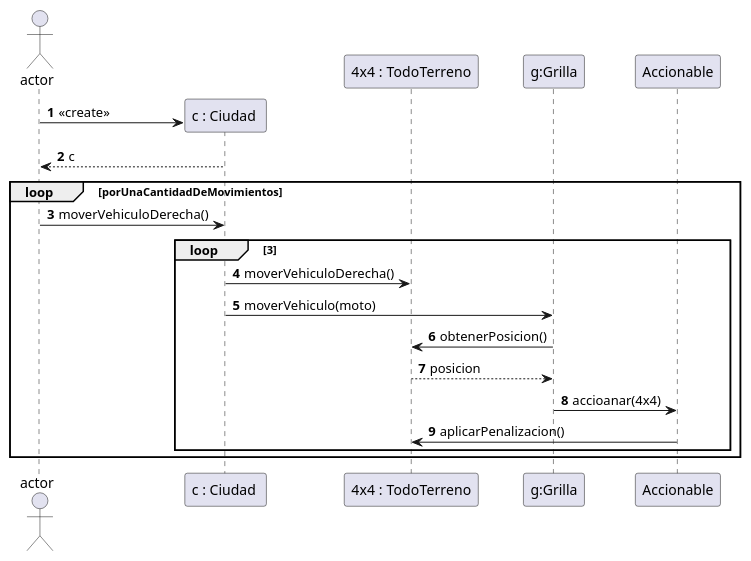
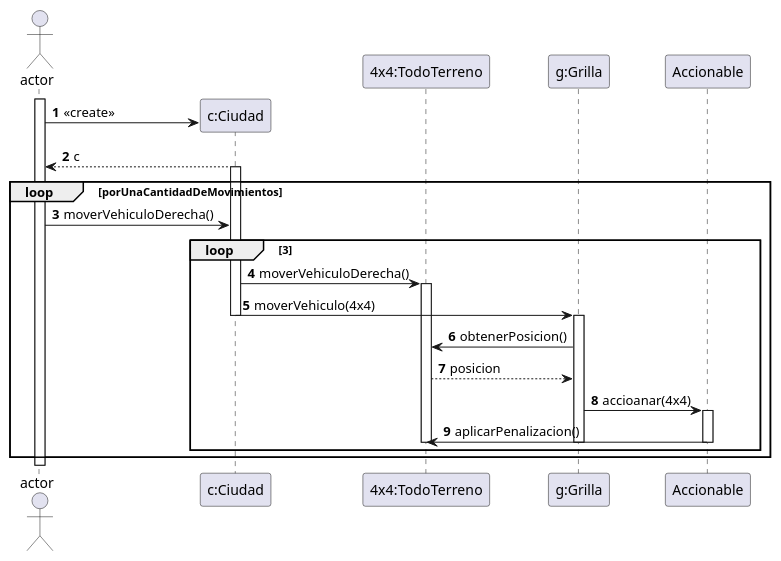
Before and after one commit to kikiymini/algo3_tp2: the diagram in Entrega1/DiagramaDeSecuencias/4X4AtraviesaCiudadSeEncuentraConUnPozoYNoEsPenalizada.puml, drawn with PlantUML. The commit also changed 4 other files, not shown here.

```diff
--- a/Entrega1/DiagramaDeSecuencias/4X4AtraviesaCiudadSeEncuentraConUnPozoYNoEsPenalizada.puml
+++ b/Entrega1/DiagramaDeSecuencias/4X4AtraviesaCiudadSeEncuentraConUnPozoYNoEsPenalizada.puml
@@ -1,26 +1,37 @@
 @startuml
 'https://plantuml.com/sequence-diagram
 
 autonumber
 
 actor actor
-create "c : Ciudad "
-actor -> "c : Ciudad ": <<create>>
-"c : Ciudad "--> actor : c
+activate actor
+create "c:Ciudad" as ciudad
+participant "4x4:TodoTerreno" as todoTerreno
+participant "g:Grilla" as grilla
+participant "Accionable" as accionable
+
+actor -> ciudad: <<create>>
+ciudad--> actor : c
+activate ciudad
 
 loop porUnaCantidadDeMovimientos
 
-actor  -> "c : Ciudad " : moverVehiculoDerecha()
+actor  -> ciudad : moverVehiculoDerecha()
 loop 3
-"c : Ciudad " -> "4x4 : TodoTerreno": moverVehiculoDerecha()
-"c : Ciudad " -> "g:Grilla" : moverVehiculo(moto)
-"g:Grilla" -> "4x4 : TodoTerreno" : obtenerPosicion()
-"4x4 : TodoTerreno" --> "g:Grilla" : posicion
-"g:Grilla" -> "Accionable" : accioanar(4x4)
-"Accionable" -> "4x4 : TodoTerreno" :aplicarPenalizacion()
+ciudad -> todoTerreno: moverVehiculoDerecha()
+activate todoTerreno
+ciudad -> grilla : moverVehiculo(4x4)
+deactivate ciudad
+activate grilla
+grilla -> todoTerreno : obtenerPosicion()
+todoTerreno --> grilla : posicion
+grilla -> accionable : accioanar(4x4)
+activate accionable
+accionable -> todoTerreno :aplicarPenalizacion()
+deactivate grilla
+deactivate todoTerreno
+deactivate accionable
 
 end loop
-
-
 end
 @enduml
```
